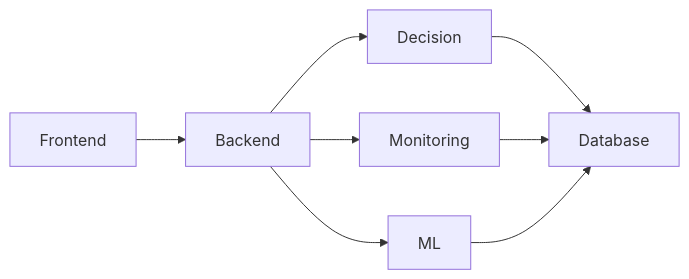
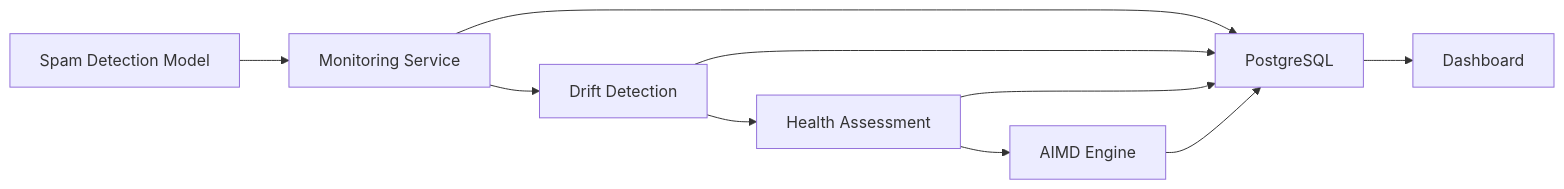
Before and after one commit to shailendrasinghrathore369/PhoenixML: the fourth of 5 diagrams in docs/03-architecture.md, drawn with Mermaid. The commit also changed other lines of this file and 6 other files, not shown here.

````diff
--- a/docs/03-architecture.md
+++ b/docs/03-architecture.md
@@ -223,29 +374,35 @@
 ```mermaid
 flowchart LR
 
-Frontend
+Model["Spam Detection Model"]
 
-Backend
+Monitoring["Monitoring Service"]
 
-Decision
+Drift["Drift Detection"]
 
-Monitoring
+Health["Health Assessment"]
 
-ML
+AIMD["AIMD Engine"]
 
-Database
+Database["PostgreSQL"]
 
-Frontend --> Backend
+Dashboard["Dashboard"]
 
-Backend --> Decision
+Model --> Monitoring
 
-Backend --> Monitoring
+Monitoring --> Drift
 
-Backend --> ML
+Drift --> Health
 
-Decision --> Database
+Health --> AIMD
 
 Monitoring --> Database
 
-ML --> Database
+Drift --> Database
+
+Health --> Database
+
+AIMD --> Database
+
+Database --> Dashboard
 ```
````
